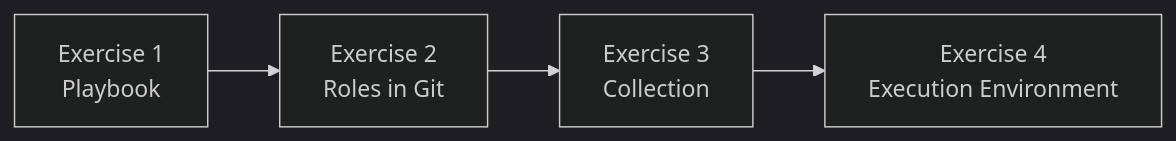
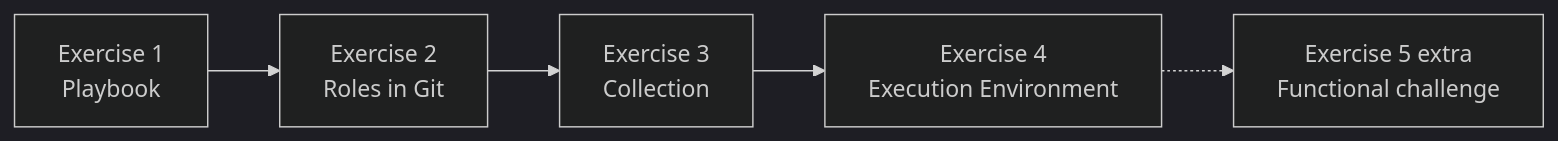
One commit to adelahozredhat/lab-devspaces-ansible-instruction changed the diagram in README_EN.md. Above: the diagram before and after it, drawn with Mermaid (dark theme). The commit also changed other lines of this file and 1 other file, not shown here.

````diff
--- a/README_EN.md
+++ b/README_EN.md
@@ -28,6 +28,7 @@
 ```mermaid
 flowchart LR
   E1["Exercise 1<br/>Playbook"] --> E2["Exercise 2<br/>Roles in Git"]
   E2 --> E3["Exercise 3<br/>Collection"]
   E3 --> E4["Exercise 4<br/>Execution Environment"]
+  E4 -.-> E5["Exercise 5 extra<br/>Functional challenge"]
 ```
````
